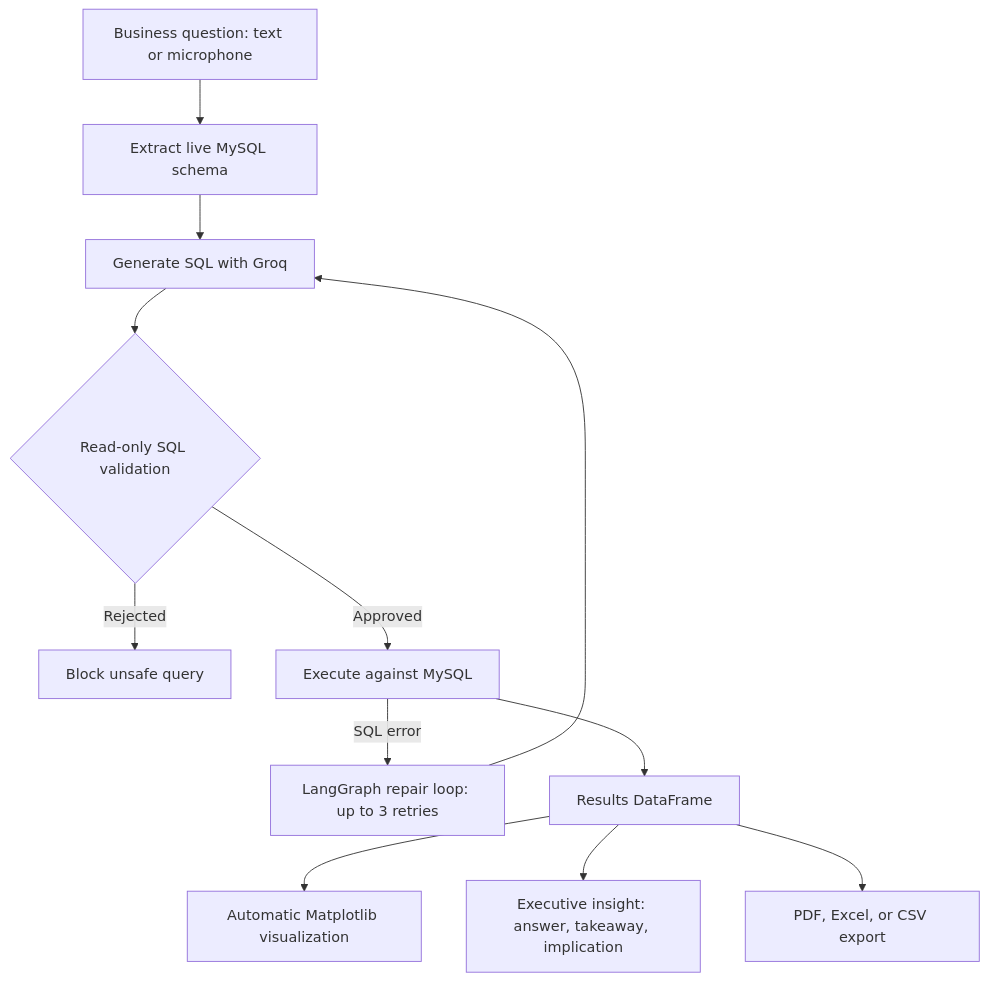
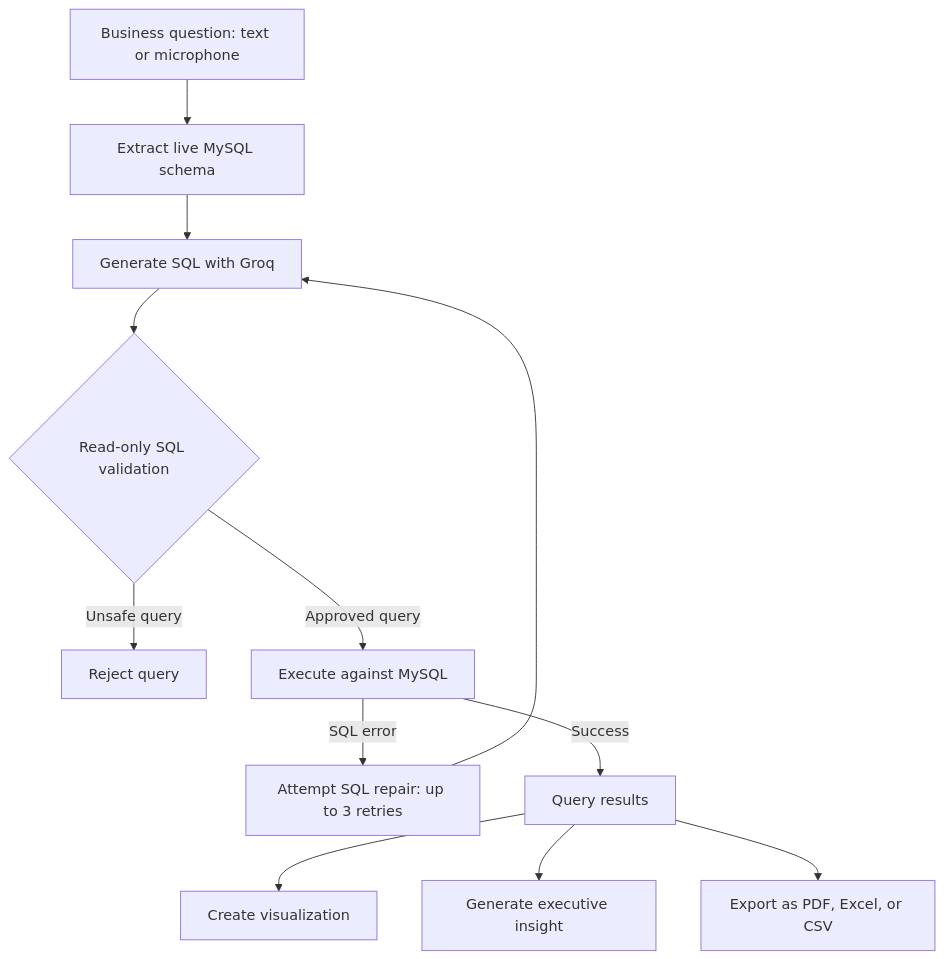
One commit to Ashi72jadoun/Autonomous-data-analyst changed the diagram in README.md. Above: the diagram before and after it, drawn with Mermaid. The commit also changed other lines of this file and 4 other files, not shown here.

````diff
--- a/README.md
+++ b/README.md
@@ -67,14 +113,14 @@
 ```mermaid
 flowchart TD
     A["Business question: text or microphone"] --> B["Extract live MySQL schema"]
     B --> C["Generate SQL with Groq"]
     C --> D{"Read-only SQL validation"}
-    D -->|Rejected| E["Block unsafe query"]
-    D -->|Approved| F["Execute against MySQL"]
-    F -->|SQL error| G["LangGraph repair loop: up to 3 retries"]
+    D -->|Unsafe query| E["Reject query"]
+    D -->|Approved query| F["Execute against MySQL"]
+    F -->|SQL error| G["Attempt SQL repair: up to 3 retries"]
     G --> C
-    F --> H["Results DataFrame"]
-    H --> I["Automatic Matplotlib visualization"]
-    H --> J["Executive insight: answer, takeaway, implication"]
-    H --> K["PDF, Excel, or CSV export"]
+    F -->|Success| H["Query results"]
+    H --> I["Create visualization"]
+    H --> J["Generate executive insight"]
+    H --> K["Export as PDF, Excel, or CSV"]
 ```
````
